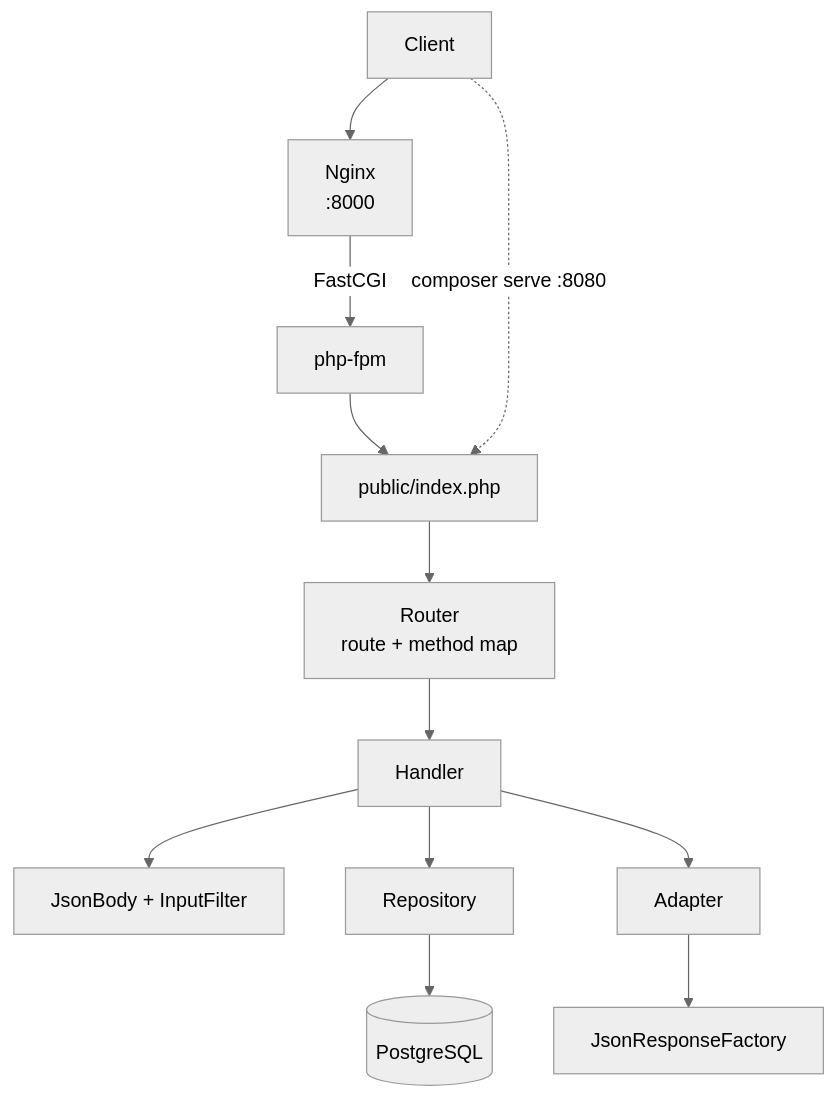
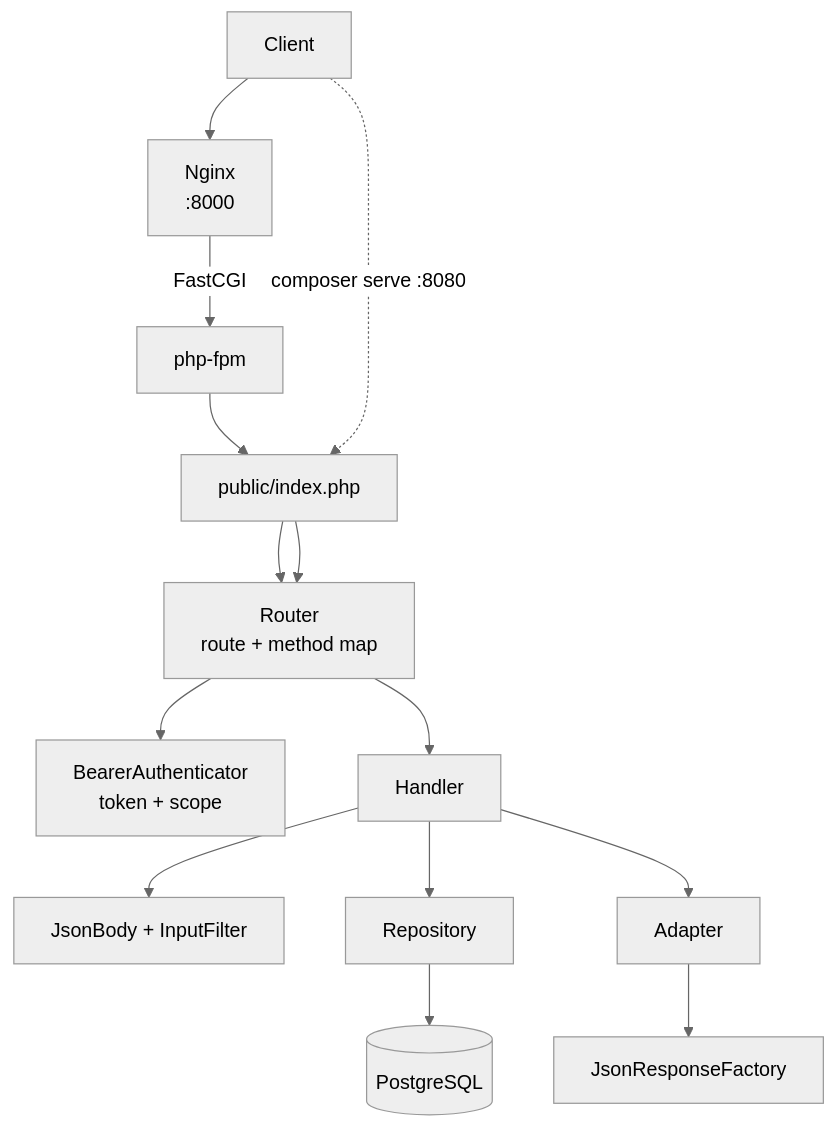
Before and after one commit to blakesimpson-dev/laminas-api-sample: the diagram in README.md, drawn with Mermaid (neutral theme). The commit also changed other lines of this file, not shown here.

Commit message:
docs: document mocked bearer auth

````diff
--- a/README.md
+++ b/README.md
@@ -45,14 +69,16 @@
 ```mermaid
 flowchart TD
     C[Client] --> N[Nginx<br/>:8000]
     N -->|FastCGI| F[php-fpm]
     F --> I[public/index.php]
     C -.->|composer serve :8080| I
     I --> R[Router<br/>route + method map]
+    I --> R[Router<br/>route + method map]
+    R --> Au[BearerAuthenticator<br/>token + scope]
     R --> H[Handler]
     H --> V[JsonBody + InputFilter]
     H --> Rp[Repository]
     H --> A[Adapter]
     Rp --> D[(PostgreSQL)]
     A --> J[JsonResponseFactory]
 ```
````
